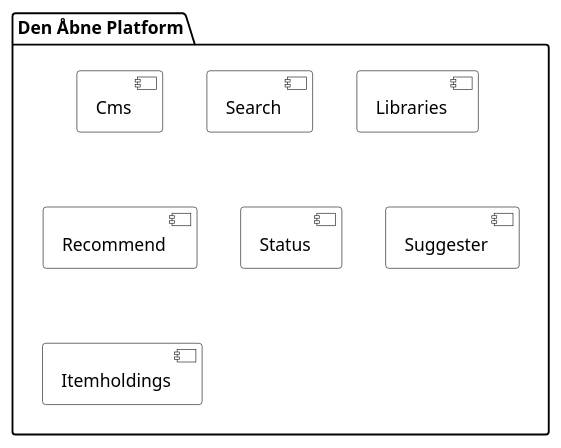
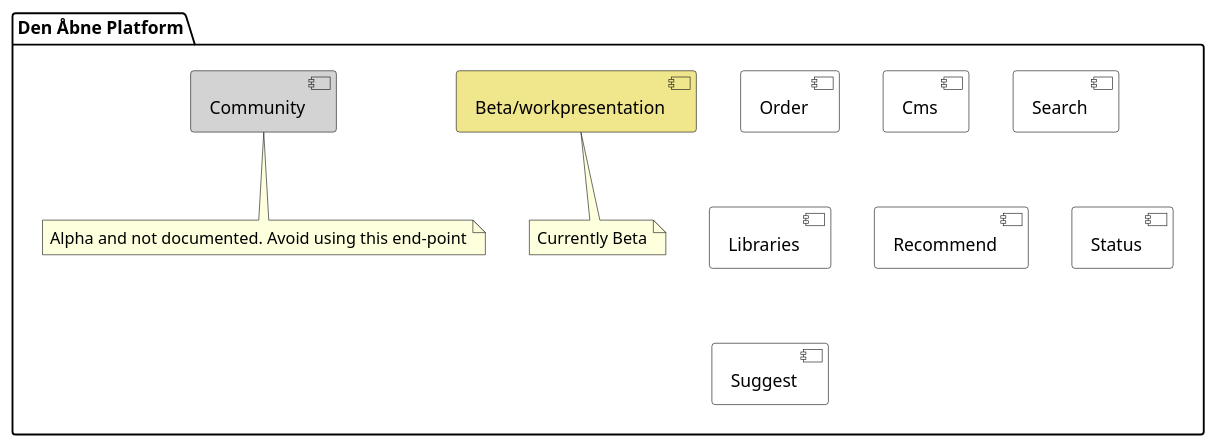
One commit to danskernesdigitalebibliotek/plantuml changed the diagram in docs/components/OpenPlatform.puml. Above: the diagram before and after it, drawn with PlantUML.

```diff
--- a/docs/components/OpenPlatform.puml
+++ b/docs/components/OpenPlatform.puml
@@ -1,21 +1,25 @@
 @startuml
 'header SayHello
 'footer Page %page% of %lastpage%
 
 skinparam component {
     backgroundColor [Biblio] LightGray
 }
 
-
-    package "Den Åbne Platform" {
+package "Den Åbne Platform" {
     together {
+      [Order]
       [Cms]
       [Search]
       [Libraries]
       [Recommend]
       [Status]
-      [Suggester]
-      [Itemholdings]
+      [Suggest]
+      [Beta/workpresentation] #Khaki
+      [Community] #LightGray
+      note bottom of [Beta/workpresentation]: Currently Beta
+      note bottom of [Community]: Alpha and not documented. Avoid using this end-point
     }
-    }
+}
+
 @enduml
```
